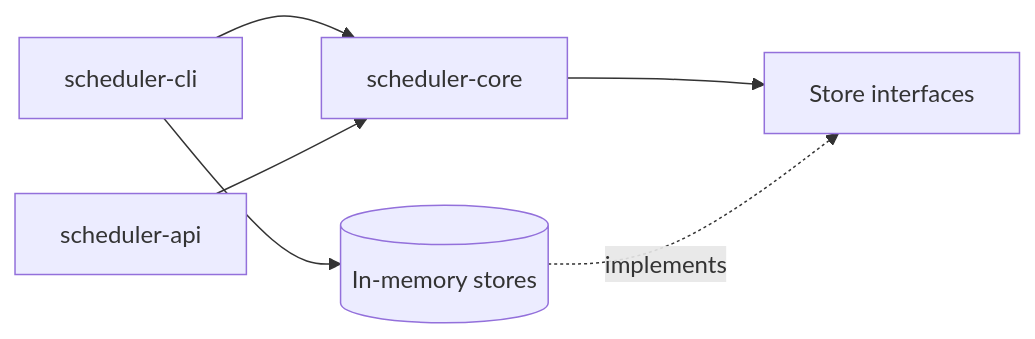
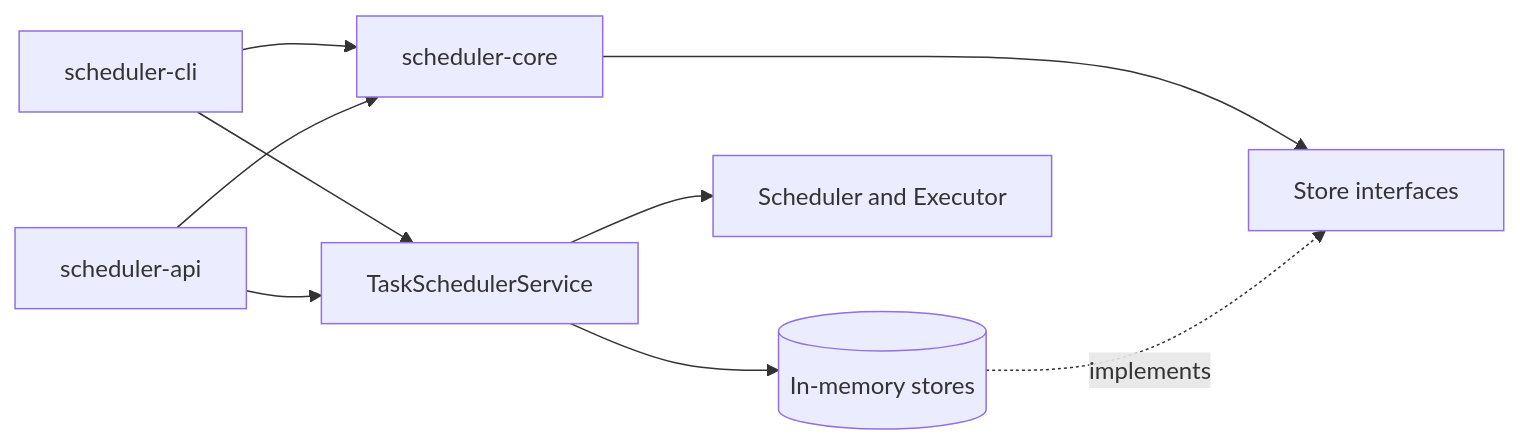
The diagram in README.md (nayanjain20/Task-Scheduler), drawn with Mermaid before and after one commit. The commit also changed other lines of this file and 36 other files, not shown here.

Commit message:
Refactor scheduler service and API composition

````diff
--- a/README.md
+++ b/README.md
@@ -17,8 +17,11 @@
 ```mermaid
 flowchart LR
     CLI[scheduler-cli] --> Core[scheduler-core]
     API[scheduler-api] --> Core
-    CLI --> Memory[(In-memory stores)]
+    CLI --> Service[TaskSchedulerService]
+    API --> Service
+    Service --> Memory[(In-memory stores)]
+    Service --> Engine[Scheduler and Executor]
     Core --> Ports[Store interfaces]
     Memory -. implements .-> Ports
 ```
````
